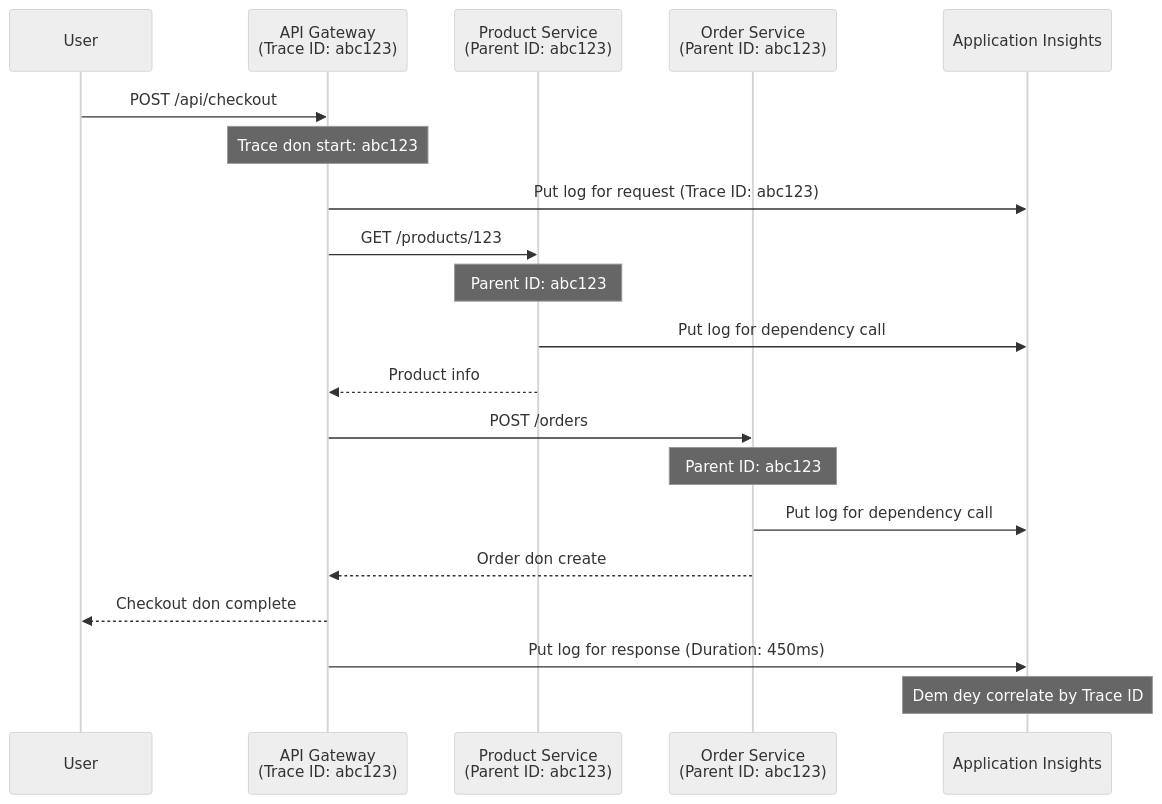
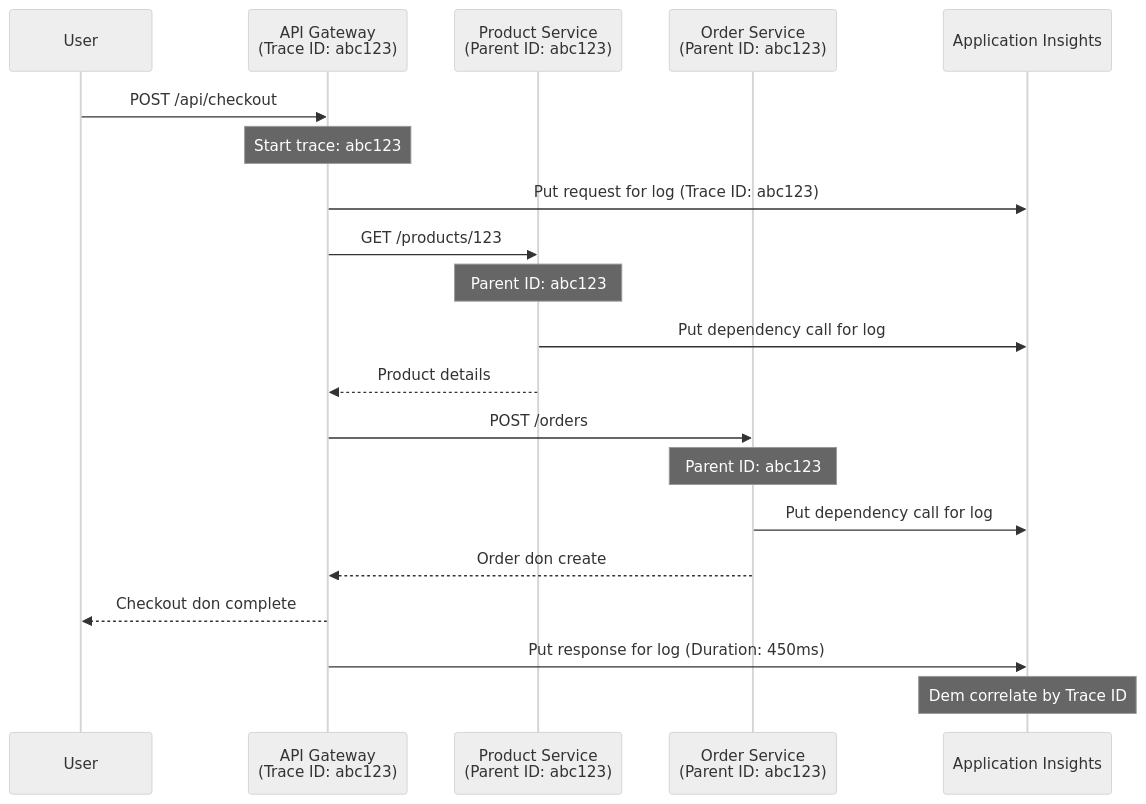
The second of 2 diagrams in translations/pcm/docs/chapter-06-pre-deployment/application-insights.md (microsoft/AZD-for-beginners), drawn with Mermaid (neutral theme) before and after one commit. The commit also changed other lines of this file and 101 other files, not shown here.

````diff
--- a/translations/pcm/docs/chapter-06-pre-deployment/application-insights.md
+++ b/translations/pcm/docs/chapter-06-pre-deployment/application-insights.md
@@ -744,27 +744,27 @@
 ```mermaid
 sequenceDiagram
     participant User
     participant Gateway as API Gateway<br/>(Trace ID: abc123)
     participant Product as Product Service<br/>(Parent ID: abc123)
     participant Order as Order Service<br/>(Parent ID: abc123)
     participant AppInsights as Application Insights
     
     User->>Gateway: POST /api/checkout
-    Note over Gateway: Trace don start: abc123
-    Gateway->>AppInsights: Put log for request (Trace ID: abc123)
+    Note over Gateway: Start trace: abc123
+    Gateway->>AppInsights: Put request for log (Trace ID: abc123)
     
     Gateway->>Product: GET /products/123
     Note over Product: Parent ID: abc123
-    Product->>AppInsights: Put log for dependency call
-    Product-->>Gateway: Product info
+    Product->>AppInsights: Put dependency call for log
+    Product-->>Gateway: Product details
     
     Gateway->>Order: POST /orders
     Note over Order: Parent ID: abc123
-    Order->>AppInsights: Put log for dependency call
+    Order->>AppInsights: Put dependency call for log
     Order-->>Gateway: Order don create
     
     Gateway-->>User: Checkout don complete
-    Gateway->>AppInsights: Put log for response (Duration: 450ms)
+    Gateway->>AppInsights: Put response for log (Duration: 450ms)
     
-    Note over AppInsights: Dem dey correlate by Trace ID
+    Note over AppInsights: Dem correlate by Trace ID
 ```
````
